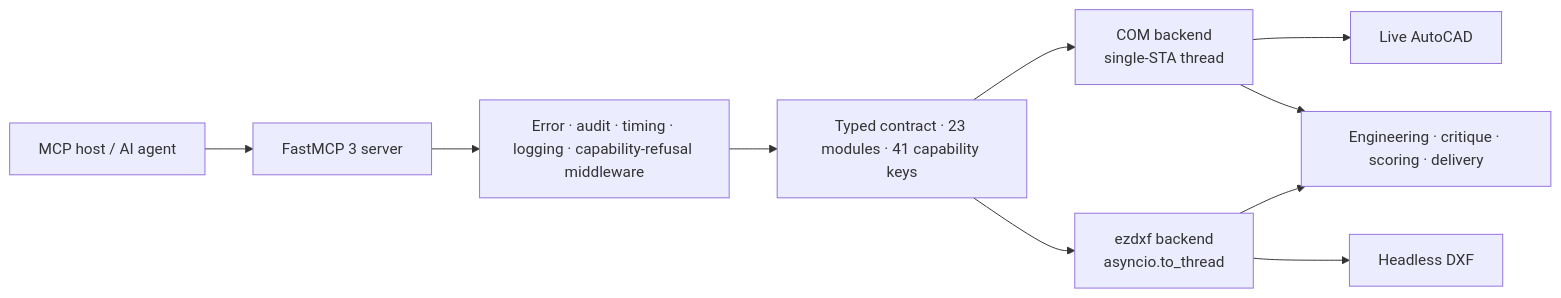
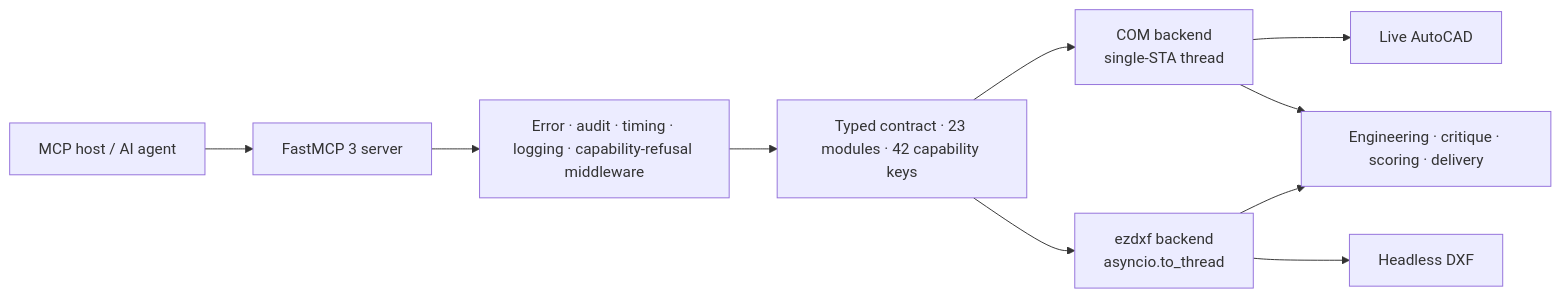
One commit to U-C4N/Autocad-MCP changed the diagram in README.md. Above: the diagram before and after it, drawn with Mermaid. The commit also changed other lines of this file and 18 other files, not shown here.

````diff
--- a/README.md
+++ b/README.md
@@ -415,12 +487,12 @@
 ```mermaid
 flowchart LR
   A[MCP host / AI agent] --> B[FastMCP 3 server]
   B --> C[Error · audit · timing · logging · capability-refusal middleware]
-  C --> D[Typed contract · 23 modules · 41 capability keys]
+  C --> D[Typed contract · 23 modules · 42 capability keys]
   D --> E[COM backend<br/>single-STA thread]
   D --> F[ezdxf backend<br/>asyncio.to_thread]
   E --> G[Live AutoCAD]
   F --> H[Headless DXF]
   E --> I[Engineering · critique · scoring · delivery]
   F --> I
 ```
````
